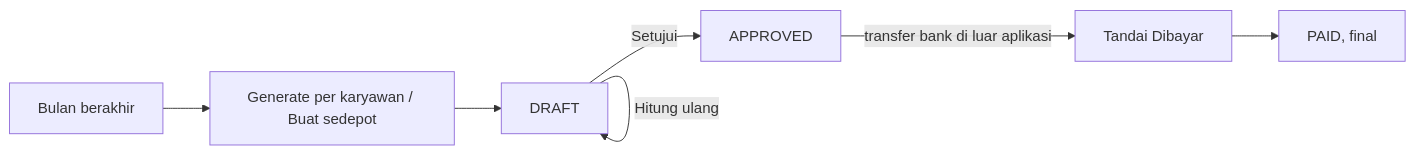
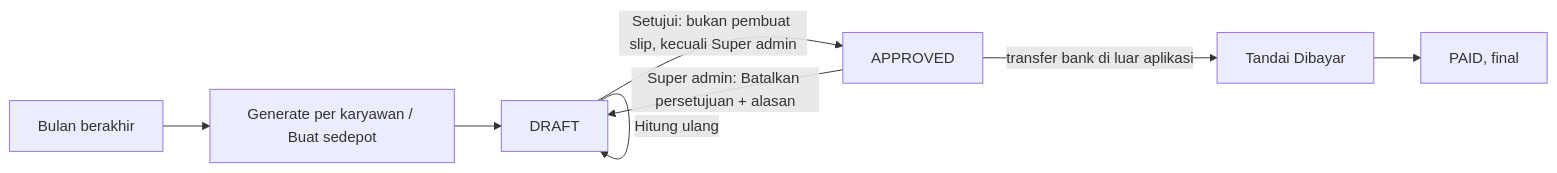
Before and after one commit to m0gsy/hydromart-digital: diagram 17 of 22 in docs/user-guide/11-end-to-end-business-process.md, drawn with Mermaid. The commit also changed other lines of this file and 4 other files, not shown here.

````diff
--- a/docs/user-guide/11-end-to-end-business-process.md
+++ b/docs/user-guide/11-end-to-end-business-process.md
@@ -570,9 +570,10 @@
 ```mermaid
 flowchart LR
   A[Bulan berakhir] --> B[Generate per karyawan / Buat sedepot]
   B --> C[DRAFT]
   C -->|Hitung ulang| C
-  C -->|Setujui| D[APPROVED]
+  C -->|Setujui: bukan pembuat slip, kecuali Super admin| D[APPROVED]
+  D -->|Super admin: Batalkan persetujuan + alasan| C
   D -->|transfer bank di luar aplikasi| E[Tandai Dibayar]
   E --> F[PAID, final]
 ```
````
